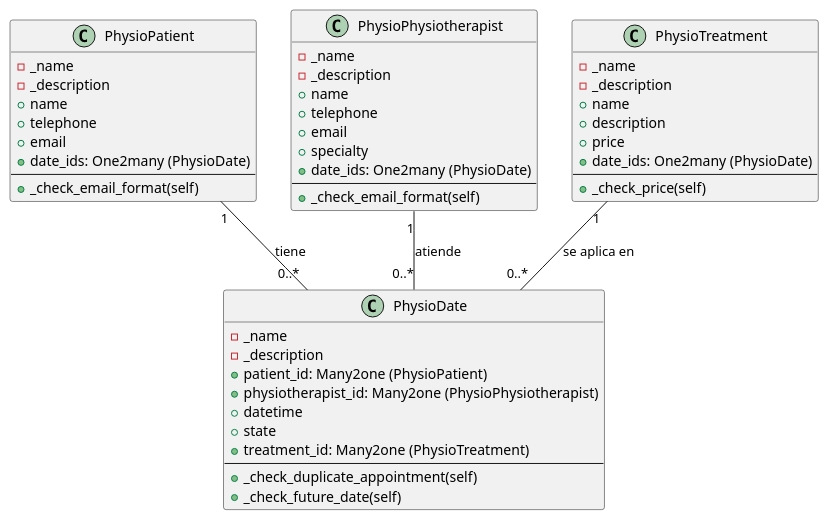
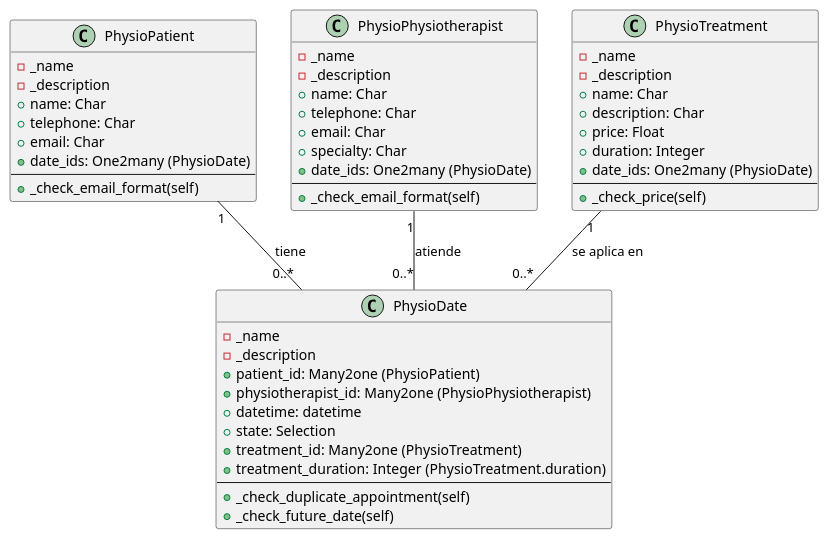
Before and after one commit to dlb002/Odoo-Physiotherapy-Clinic: the diagram in clinic_diagram.puml, drawn with PlantUML. The commit also changed 2 other files, not shown here.

Commit message:
Nuevo campo en tratamientos: Agregado al README.md y a al diagrama

```diff
--- a/clinic_diagram.puml
+++ b/clinic_diagram.puml
@@ -1,52 +1,54 @@
 @startuml
 class PhysioPatient {
   - _name
   - _description
-  + name
-  + telephone
-  + email
+  + name: Char
+  + telephone: Char
+  + email: Char
   + date_ids: One2many (PhysioDate)
   ---
   + _check_email_format(self)
 }
 
 class PhysioPhysiotherapist {
   - _name
   - _description
-  + name
-  + telephone
-  + email
-  + specialty
+  + name: Char
+  + telephone: Char
+  + email: Char
+  + specialty: Char
   + date_ids: One2many (PhysioDate)
   ---
   + _check_email_format(self)
 }
 
 class PhysioDate {
   - _name
   - _description
   + patient_id: Many2one (PhysioPatient)
   + physiotherapist_id: Many2one (PhysioPhysiotherapist)
-  + datetime
-  + state
+  + datetime: datetime
+  + state: Selection
   + treatment_id: Many2one (PhysioTreatment)
+  + treatment_duration: Integer (PhysioTreatment.duration)
   ---
   + _check_duplicate_appointment(self)
   + _check_future_date(self)
 }
 
 class PhysioTreatment {
   - _name
   - _description
-  + name
-  + description
-  + price
+  + name: Char
+  + description: Char
+  + price: Float
+  + duration: Integer
   + date_ids: One2many (PhysioDate)
   ---
   + _check_price(self)
 }
 
 PhysioPatient "1" -- "0..*" PhysioDate : tiene
 PhysioPhysiotherapist "1" -- "0..*" PhysioDate : atiende
 PhysioTreatment "1" -- "0..*" PhysioDate : se aplica en
 @enduml
```
